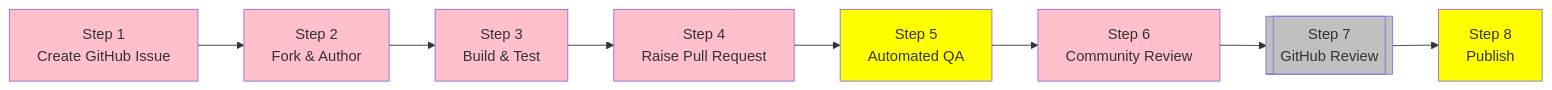
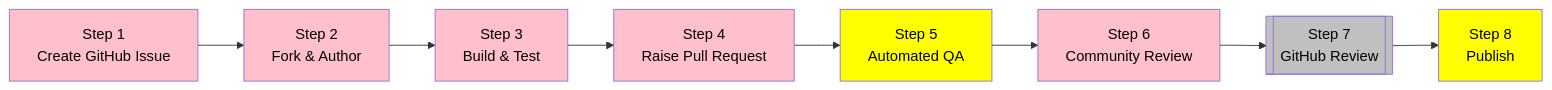
The diagram in CONTRIBUTING.md (github/github-well-architected), drawn with Mermaid before and after one commit. The commit also changed other lines of this file and 1 other file, not shown here.

````diff
--- a/CONTRIBUTING.md
+++ b/CONTRIBUTING.md
@@ -59,19 +59,19 @@
 ```mermaid
 flowchart LR
     A[Step 1<br />Create GitHub Issue] --> B[Step 2<br />Fork & Author]
     B --> C[Step 3<br />Build & Test]
     C --> D[Step 4<br />Raise Pull Request]
     D --> E[Step 5<br />Automated QA]
     E --> F[Step 6<br />Community Review]
     F --> H[[Step 7<br />GitHub Review]]
     H --> I[Step 8<br />Publish]
 
-    style A fill:pink
-    style B fill:pink
-    style C fill:pink
-    style D fill:pink
-    style E fill:yellow
-    style F fill:pink
-    style H fill:silver
-    style I fill:yellow
+    style A fill:pink,color:#000
+    style B fill:pink,color:#000
+    style C fill:pink,color:#000
+    style D fill:pink,color:#000
+    style E fill:yellow,color:#000
+    style F fill:pink,color:#000
+    style H fill:silver,color:#000
+    style I fill:yellow,color:#000
 ```
````
